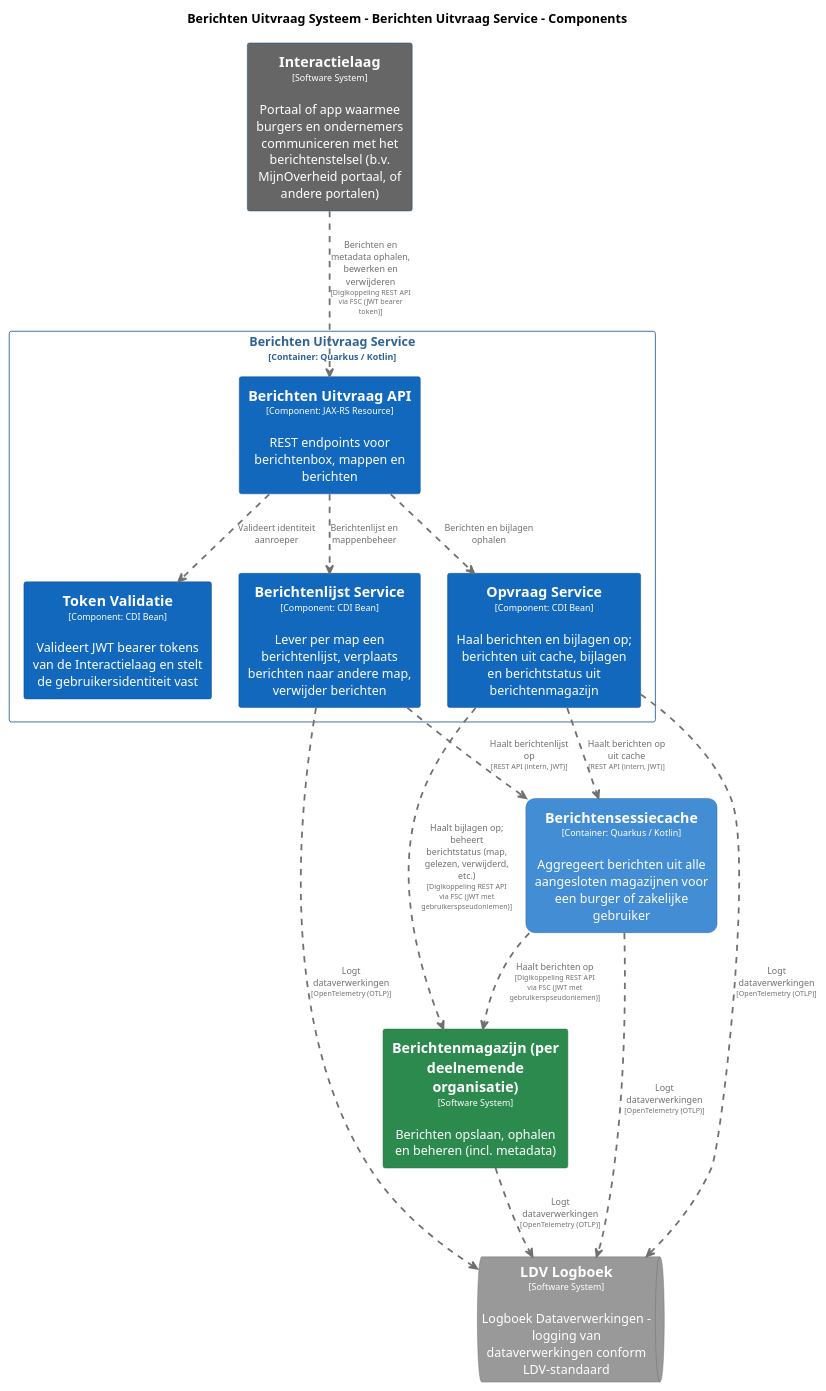
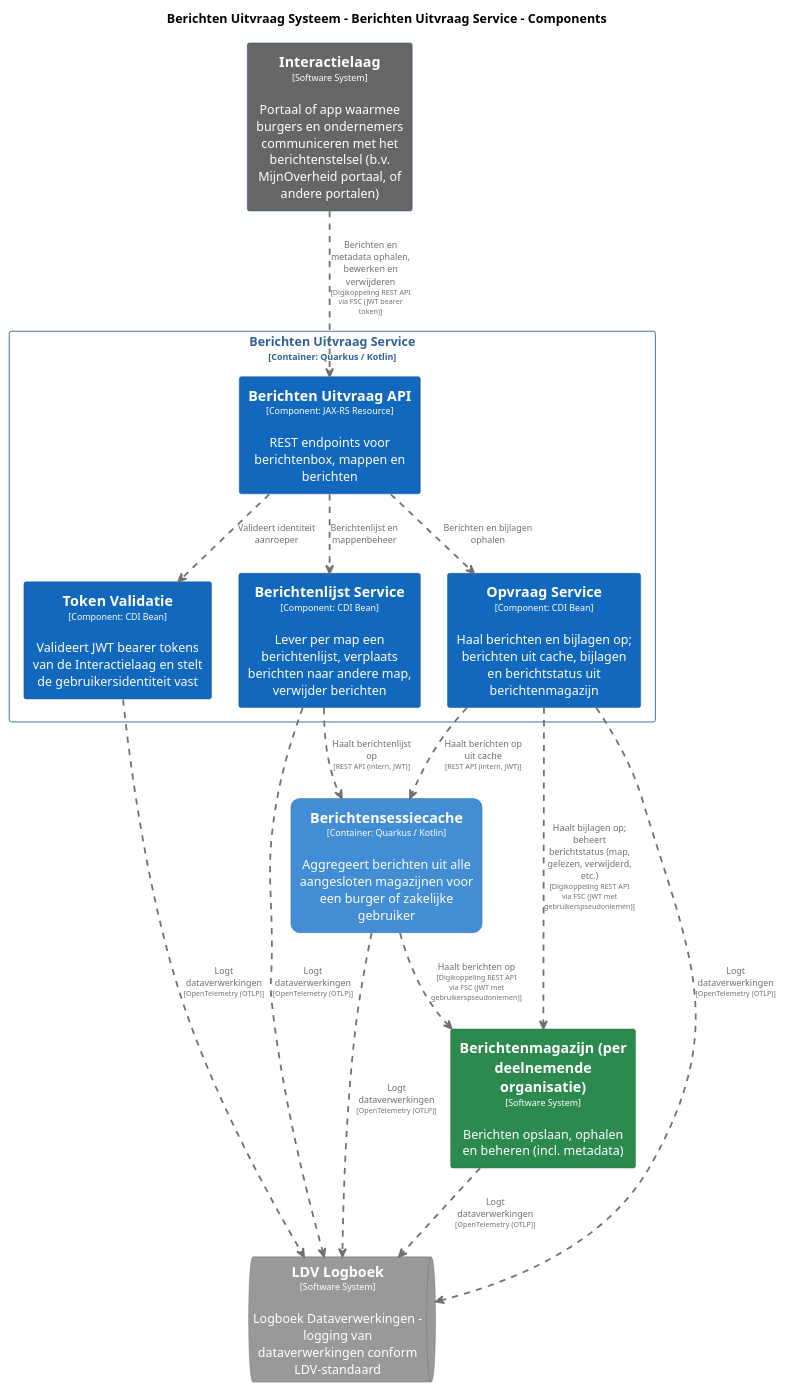
The diagram in pr-preview/pr-22/master/puml/BerichtenUitvraagServiceComponenten.puml (MinBZK/moza-poc-fbs-berichtenbox), drawn with PlantUML before and after one commit. The commit also changed 15 other files, not shown here.

```diff
--- a/pr-preview/pr-22/master/puml/BerichtenUitvraagServiceComponenten.puml
+++ b/pr-preview/pr-22/master/puml/BerichtenUitvraagServiceComponenten.puml
@@ -1,97 +1,98 @@
 @startuml
 set separator none
 title Berichten Uitvraag Systeem - Berichten Uitvraag Service - Components
 
 top to bottom direction
 skinparam ranksep 60
 skinparam nodesep 30
 
 skinparam {
   arrowFontSize 10
   defaultTextAlignment center
   wrapWidth 200
   maxMessageSize 100
 }
 
 hide stereotype
 
 skinparam rectangle<<BerichtenUitvraagSysteem.BerichtenUitvraagService.BerichtenUitvraagAPI>> {
   BackgroundColor #1168bd
   FontColor #ffffff
   BorderColor #0b4884
   shadowing false
 }
 skinparam rectangle<<BerichtenUitvraagSysteem.BerichtenUitvraagService.BerichtenlijstService>> {
   BackgroundColor #1168bd
   FontColor #ffffff
   BorderColor #0b4884
   shadowing false
 }
 skinparam rectangle<<Berichtenmagazijnperdeelnemendeorganisatie>> {
   BackgroundColor #2d8a4e
   FontColor #ffffff
   BorderColor #1e6b38
   shadowing false
 }
 skinparam rectangle<<BerichtenUitvraagSysteem.Berichtensessiecache>> {
   BackgroundColor #438dd5
   FontColor #ffffff
   BorderColor #2e6295
   roundCorner 20
   shadowing false
 }
 skinparam rectangle<<Interactielaag>> {
   BackgroundColor #666666
   FontColor #ffffff
   BorderColor #0b4884
   shadowing false
 }
 skinparam queue<<LDVLogboek>> {
   BackgroundColor #999999
   FontColor #ffffff
   BorderColor #6b6b6b
   shadowing false
 }
 skinparam rectangle<<BerichtenUitvraagSysteem.BerichtenUitvraagService.OpvraagService>> {
   BackgroundColor #1168bd
   FontColor #ffffff
   BorderColor #0b4884
   shadowing false
 }
 skinparam rectangle<<BerichtenUitvraagSysteem.BerichtenUitvraagService.TokenValidatie>> {
   BackgroundColor #1168bd
   FontColor #ffffff
   BorderColor #0b4884
   shadowing false
 }
 skinparam rectangle<<BerichtenUitvraagSysteem.BerichtenUitvraagService>> {
   BorderColor #2e6295
   FontColor #2e6295
   shadowing false
 }
 
 rectangle "==Interactielaag\n<size:10>[Software System]</size>\n\nPortaal of app waarmee burgers en ondernemers communiceren met het berichtenstelsel (b.v. MijnOverheid portaal, of andere portalen)" <<Interactielaag>> as Interactielaag
 rectangle "==Berichtenmagazijn (per deelnemende organisatie)\n<size:10>[Software System]</size>\n\nBerichten opslaan, ophalen en beheren (incl. metadata)" <<Berichtenmagazijnperdeelnemendeorganisatie>> as Berichtenmagazijnperdeelnemendeorganisatie
 rectangle "==Berichtensessiecache\n<size:10>[Container: Quarkus / Kotlin]</size>\n\nAggregeert berichten uit alle aangesloten magazijnen voor een burger of zakelijke gebruiker" <<BerichtenUitvraagSysteem.Berichtensessiecache>> as BerichtenUitvraagSysteem.Berichtensessiecache
 queue "==LDV Logboek\n<size:10>[Software System]</size>\n\nLogboek Dataverwerkingen - logging van dataverwerkingen conform LDV-standaard" <<LDVLogboek>> as LDVLogboek
 
 rectangle "Berichten Uitvraag Service\n<size:10>[Container: Quarkus / Kotlin]</size>" <<BerichtenUitvraagSysteem.BerichtenUitvraagService>> {
   rectangle "==Berichten Uitvraag API\n<size:10>[Component: JAX-RS Resource]</size>\n\nREST endpoints voor berichtenbox, mappen en berichten" <<BerichtenUitvraagSysteem.BerichtenUitvraagService.BerichtenUitvraagAPI>> as BerichtenUitvraagSysteem.BerichtenUitvraagService.BerichtenUitvraagAPI
   rectangle "==Token Validatie\n<size:10>[Component: CDI Bean]</size>\n\nValideert JWT bearer tokens van de Interactielaag en stelt de gebruikersidentiteit vast" <<BerichtenUitvraagSysteem.BerichtenUitvraagService.TokenValidatie>> as BerichtenUitvraagSysteem.BerichtenUitvraagService.TokenValidatie
   rectangle "==Berichtenlijst Service\n<size:10>[Component: CDI Bean]</size>\n\nLever per map een berichtenlijst, verplaats berichten naar andere map, verwijder berichten" <<BerichtenUitvraagSysteem.BerichtenUitvraagService.BerichtenlijstService>> as BerichtenUitvraagSysteem.BerichtenUitvraagService.BerichtenlijstService
   rectangle "==Opvraag Service\n<size:10>[Component: CDI Bean]</size>\n\nHaal berichten en bijlagen op; berichten uit cache, bijlagen en berichtstatus uit berichtenmagazijn" <<BerichtenUitvraagSysteem.BerichtenUitvraagService.OpvraagService>> as BerichtenUitvraagSysteem.BerichtenUitvraagService.OpvraagService
 }
 
 BerichtenUitvraagSysteem.Berichtensessiecache .[#707070,thickness=2].> Berichtenmagazijnperdeelnemendeorganisatie : "<color:#707070>Haalt berichten op\n<color:#707070><size:8>[Digikoppeling REST API via FSC (JWT met gebruikerspseudoniemen)]</size>"
 Berichtenmagazijnperdeelnemendeorganisatie .[#707070,thickness=2].> LDVLogboek : "<color:#707070>Logt dataverwerkingen\n<color:#707070><size:8>[OpenTelemetry (OTLP)]</size>"
 BerichtenUitvraagSysteem.Berichtensessiecache .[#707070,thickness=2].> LDVLogboek : "<color:#707070>Logt dataverwerkingen\n<color:#707070><size:8>[OpenTelemetry (OTLP)]</size>"
+BerichtenUitvraagSysteem.BerichtenUitvraagService.TokenValidatie .[#707070,thickness=2].> LDVLogboek : "<color:#707070>Logt dataverwerkingen\n<color:#707070><size:8>[OpenTelemetry (OTLP)]</size>"
 BerichtenUitvraagSysteem.BerichtenUitvraagService.BerichtenlijstService .[#707070,thickness=2].> LDVLogboek : "<color:#707070>Logt dataverwerkingen\n<color:#707070><size:8>[OpenTelemetry (OTLP)]</size>"
 BerichtenUitvraagSysteem.BerichtenUitvraagService.OpvraagService .[#707070,thickness=2].> LDVLogboek : "<color:#707070>Logt dataverwerkingen\n<color:#707070><size:8>[OpenTelemetry (OTLP)]</size>"
 BerichtenUitvraagSysteem.BerichtenUitvraagService.BerichtenUitvraagAPI .[#707070,thickness=2].> BerichtenUitvraagSysteem.BerichtenUitvraagService.TokenValidatie : "<color:#707070>Valideert identiteit aanroeper"
 BerichtenUitvraagSysteem.BerichtenUitvraagService.BerichtenUitvraagAPI .[#707070,thickness=2].> BerichtenUitvraagSysteem.BerichtenUitvraagService.BerichtenlijstService : "<color:#707070>Berichtenlijst en mappenbeheer"
 BerichtenUitvraagSysteem.BerichtenUitvraagService.BerichtenUitvraagAPI .[#707070,thickness=2].> BerichtenUitvraagSysteem.BerichtenUitvraagService.OpvraagService : "<color:#707070>Berichten en bijlagen ophalen"
 BerichtenUitvraagSysteem.BerichtenUitvraagService.OpvraagService .[#707070,thickness=2].> BerichtenUitvraagSysteem.Berichtensessiecache : "<color:#707070>Haalt berichten op uit cache\n<color:#707070><size:8>[REST API (intern, JWT)]</size>"
 BerichtenUitvraagSysteem.BerichtenUitvraagService.BerichtenlijstService .[#707070,thickness=2].> BerichtenUitvraagSysteem.Berichtensessiecache : "<color:#707070>Haalt berichtenlijst op\n<color:#707070><size:8>[REST API (intern, JWT)]</size>"
 Interactielaag .[#707070,thickness=2].> BerichtenUitvraagSysteem.BerichtenUitvraagService.BerichtenUitvraagAPI : "<color:#707070>Berichten en metadata ophalen, bewerken en verwijderen\n<color:#707070><size:8>[Digikoppeling REST API via FSC (JWT bearer token)]</size>"
 BerichtenUitvraagSysteem.BerichtenUitvraagService.OpvraagService .[#707070,thickness=2].> Berichtenmagazijnperdeelnemendeorganisatie : "<color:#707070>Haalt bijlagen op; beheert berichtstatus (map, gelezen, verwijderd, etc.)\n<color:#707070><size:8>[Digikoppeling REST API via FSC (JWT met gebruikerspseudoniemen)]</size>"
 @enduml
```
